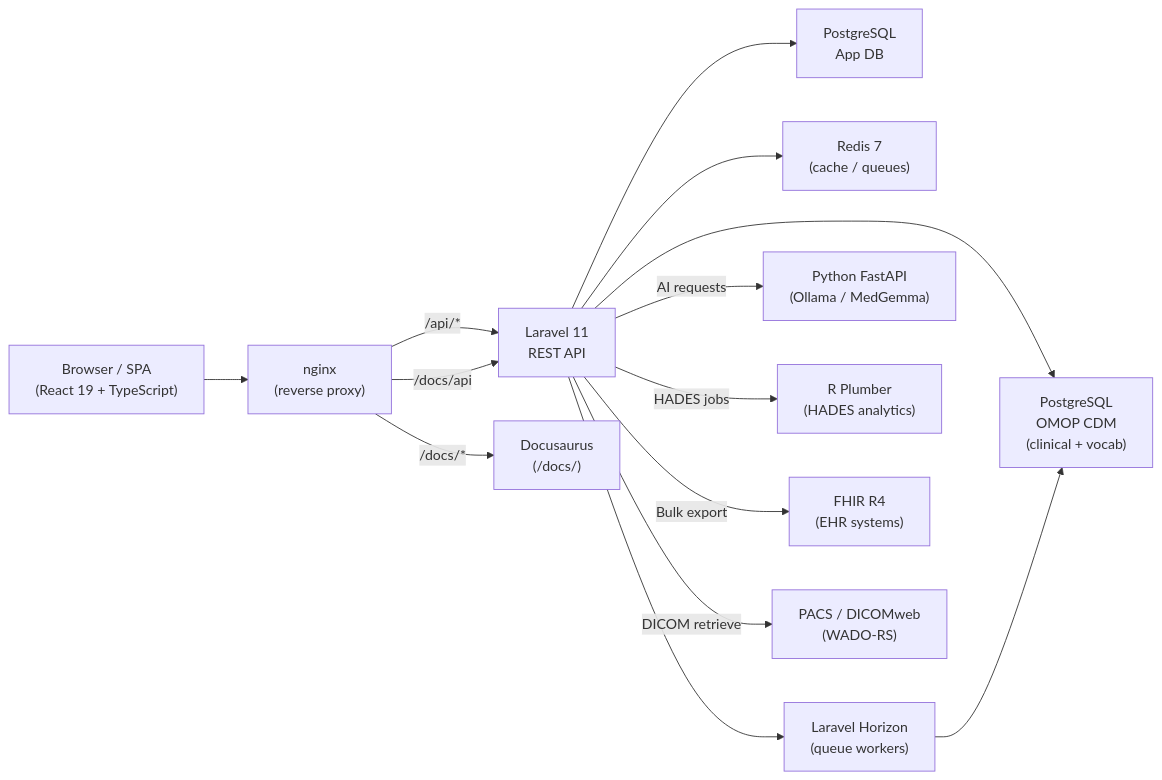
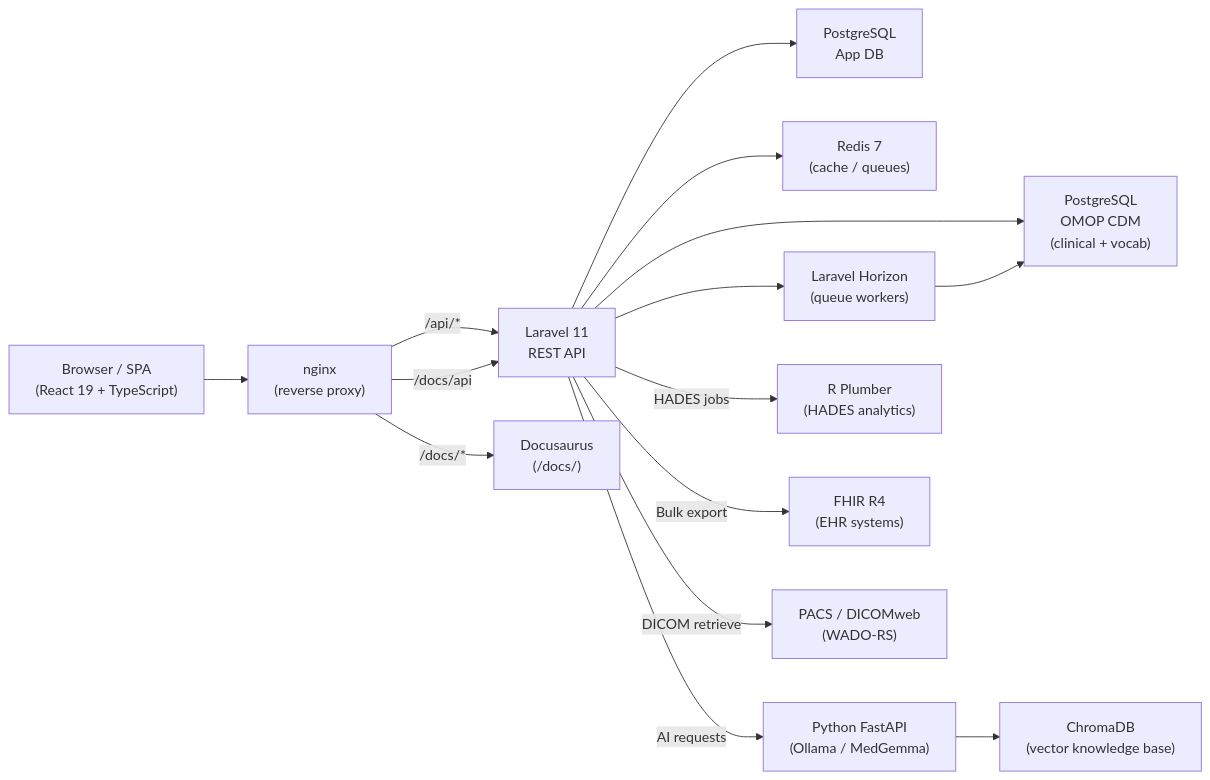
Before and after one commit to sudoshi/Parthenon: the first of 2 diagrams in docs/site/docs/intro.mdx, drawn with Mermaid. The commit also changed 9 other files, not shown here.

````diff
--- a/docs/site/docs/intro.mdx
+++ b/docs/site/docs/intro.mdx
@@ -44,29 +44,31 @@
 ```mermaid
 graph LR
     Browser["Browser / SPA\n(React 19 + TypeScript)"]
     Nginx["nginx\n(reverse proxy)"]
     PHP["Laravel 11\nREST API"]
     PG1["PostgreSQL\nApp DB"]
     PG2["PostgreSQL\nOMOP CDM\n(clinical + vocab)"]
     Redis["Redis 7\n(cache / queues)"]
     Horizon["Laravel Horizon\n(queue workers)"]
     AI["Python FastAPI\n(Ollama / MedGemma)"]
+    ChromaDB["ChromaDB\n(vector knowledge base)"]
     R["R Plumber\n(HADES analytics)"]
     Docs["Docusaurus\n(/docs/)"]
     FHIR["FHIR R4\n(EHR systems)"]
     PACS["PACS / DICOMweb\n(WADO-RS)"]
 
     Browser --> Nginx
     Nginx -->|"/api/*"| PHP
     Nginx -->|"/docs/*"| Docs
     Nginx -->|"/docs/api"| PHP
     PHP --> PG1
     PHP --> PG2
     PHP --> Redis
     PHP --> Horizon
     PHP -->|"AI requests"| AI
     PHP -->|"HADES jobs"| R
     PHP -->|"Bulk export"| FHIR
     PHP -->|"DICOM retrieve"| PACS
+    AI --> ChromaDB
     Horizon --> PG2
 ```
````
